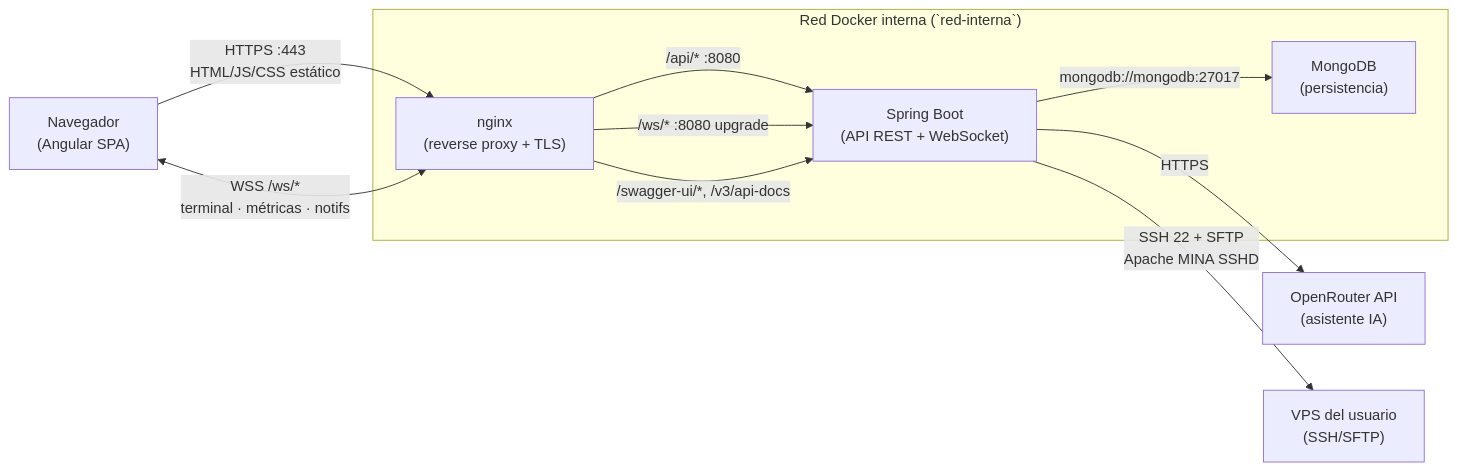
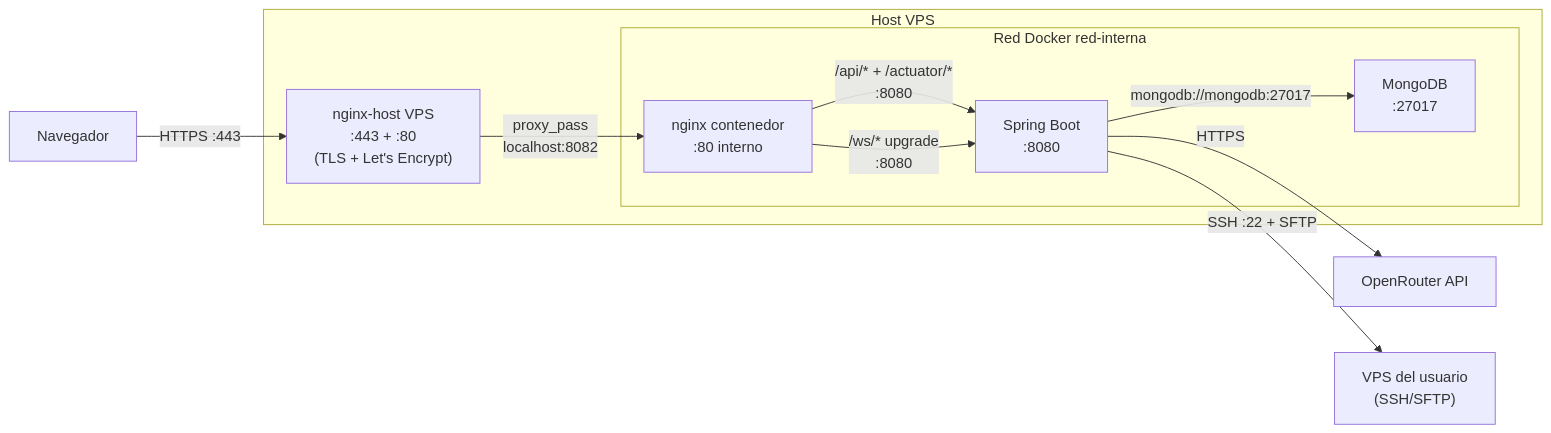
Before and after one commit to Kruhale/AutoDeploy: the first of 2 diagrams in docs/ARCHITECTURE.md, drawn with Mermaid. The commit also changed other lines of this file and 6 other files, not shown here.

Commit message:
feat: agregar configuración para despliegue en VPS compartido con nginx-host y ajustes en la documentación

````diff
--- a/docs/ARCHITECTURE.md
+++ b/docs/ARCHITECTURE.md
@@ -7,26 +7,28 @@
 ```mermaid
 flowchart LR
-    navegador["Navegador<br/>(Angular SPA)"]
-    nginx["nginx<br/>(reverse proxy + TLS)"]
-    backend["Spring Boot<br/>(API REST + WebSocket)"]
-    mongo["MongoDB<br/>(persistencia)"]
-    openrouter["OpenRouter API<br/>(asistente IA)"]
-    vps["VPS del usuario<br/>(SSH/SFTP)"]
+    navegador["Navegador"]
+    host_nginx["nginx-host VPS<br/>:443 + :80<br/>(TLS + Let's Encrypt)"]
+    container_nginx["nginx contenedor<br/>:80 interno"]
+    backend["Spring Boot<br/>:8080"]
+    mongo["MongoDB<br/>:27017"]
+    openrouter["OpenRouter API"]
+    vps_remoto["VPS del usuario<br/>(SSH/SFTP)"]
 
-    navegador -->|"HTTPS :443<br/>HTML/JS/CSS estático"| nginx
-    navegador <-->|"WSS /ws/*<br/>terminal · métricas · notifs"| nginx
-
-    nginx -->|"/api/* :8080"| backend
-    nginx -->|"/ws/* :8080 upgrade"| backend
-    nginx -->|"/swagger-ui/*, /v3/api-docs"| backend
+    navegador -->|"HTTPS :443"| host_nginx
+    host_nginx -->|"proxy_pass<br/>localhost:8082"| container_nginx
+    container_nginx -->|"/api/* + /actuator/*<br/>:8080"| backend
+    container_nginx -->|"/ws/* upgrade<br/>:8080"| backend
 
     backend -->|"mongodb://mongodb:27017"| mongo
     backend -->|"HTTPS"| openrouter
-    backend -->|"SSH 22 + SFTP<br/>Apache MINA SSHD"| vps
+    backend -->|"SSH :22 + SFTP"| vps_remoto
 
-    subgraph red-interna["Red Docker interna (`red-interna`)"]
-        nginx
-        backend
-        mongo
+    subgraph host_vps["Host VPS"]
+        host_nginx
+        subgraph red_docker["Red Docker red-interna"]
+            container_nginx
+            backend
+            mongo
+        end
     end
 ```
````
